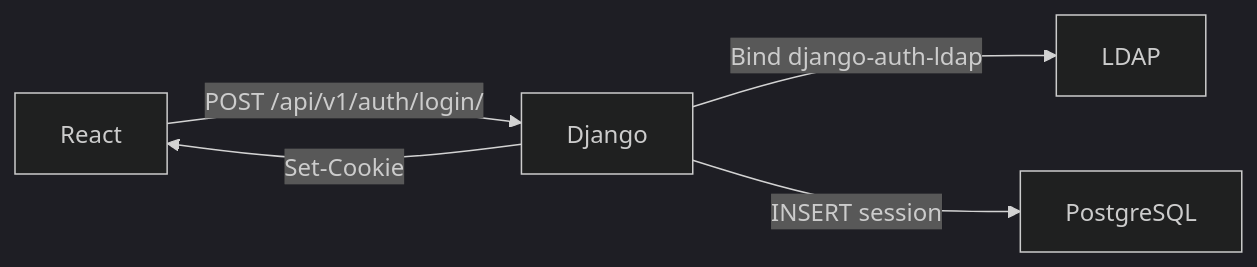
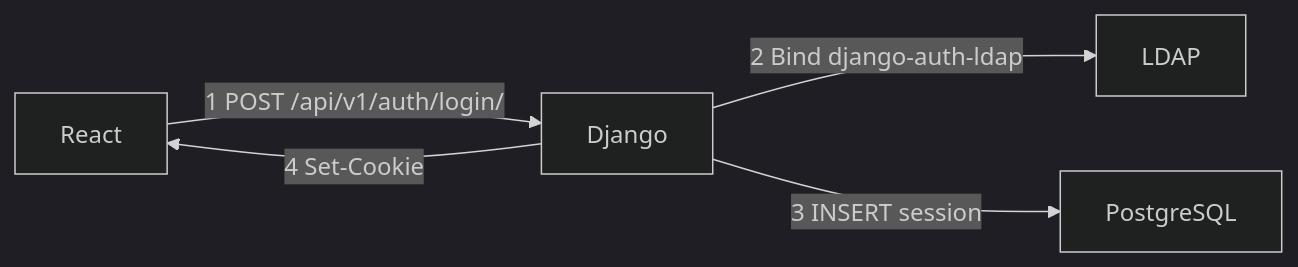
One commit to QWERTYPIG/2026-NASA3-Mail-Subscription changed the first of 4 diagrams in README.md. Above: the diagram before and after it, drawn with Mermaid (dark theme). The commit also changed other lines of this file and 1 other file, not shown here.

````diff
--- a/README.md
+++ b/README.md
@@ -26,7 +26,7 @@
 ```mermaid
 flowchart LR
-  React["React"] -->|POST /api/v1/auth/login/| Django["Django"]
-  Django -->|Bind django-auth-ldap| LDAP["LDAP"]
-  Django -->|INSERT session| PostgreSQL["PostgreSQL"]
-  Django -->|Set-Cookie| React
+  React["React"] -->|1 POST /api/v1/auth/login/| Django["Django"]
+  Django -->|2 Bind django-auth-ldap| LDAP["LDAP"]
+  Django -->|3 INSERT session| PostgreSQL["PostgreSQL"]
+  Django -->|4 Set-Cookie| React
 ```
````
